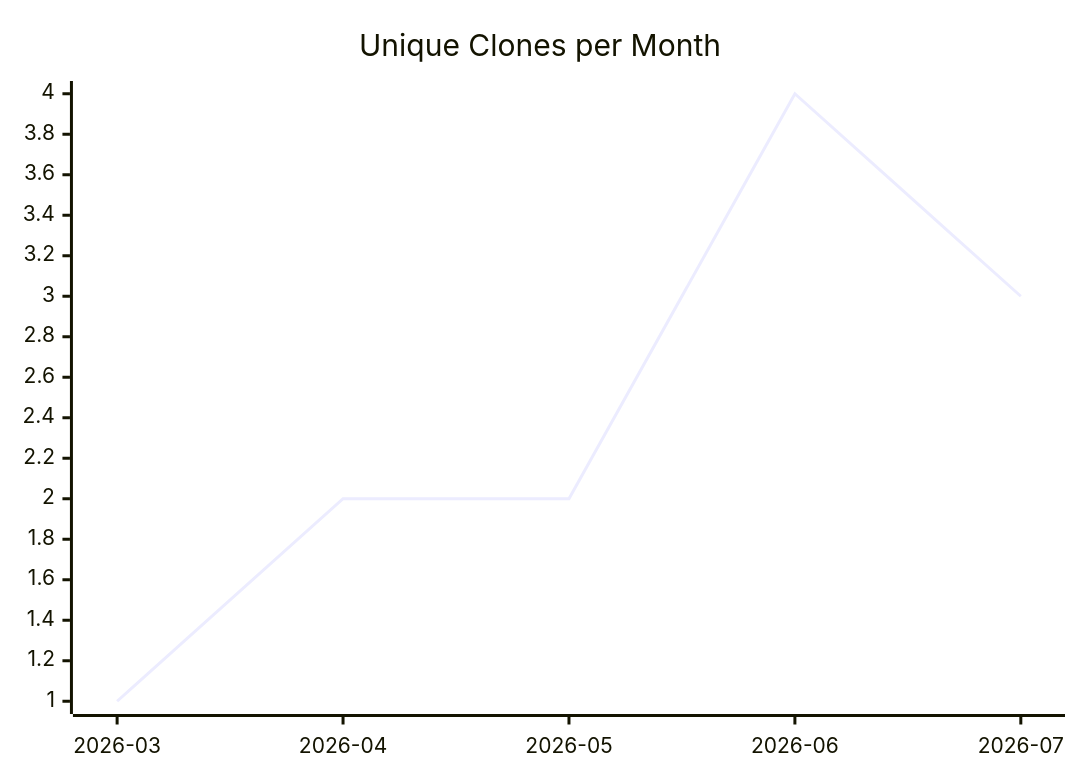
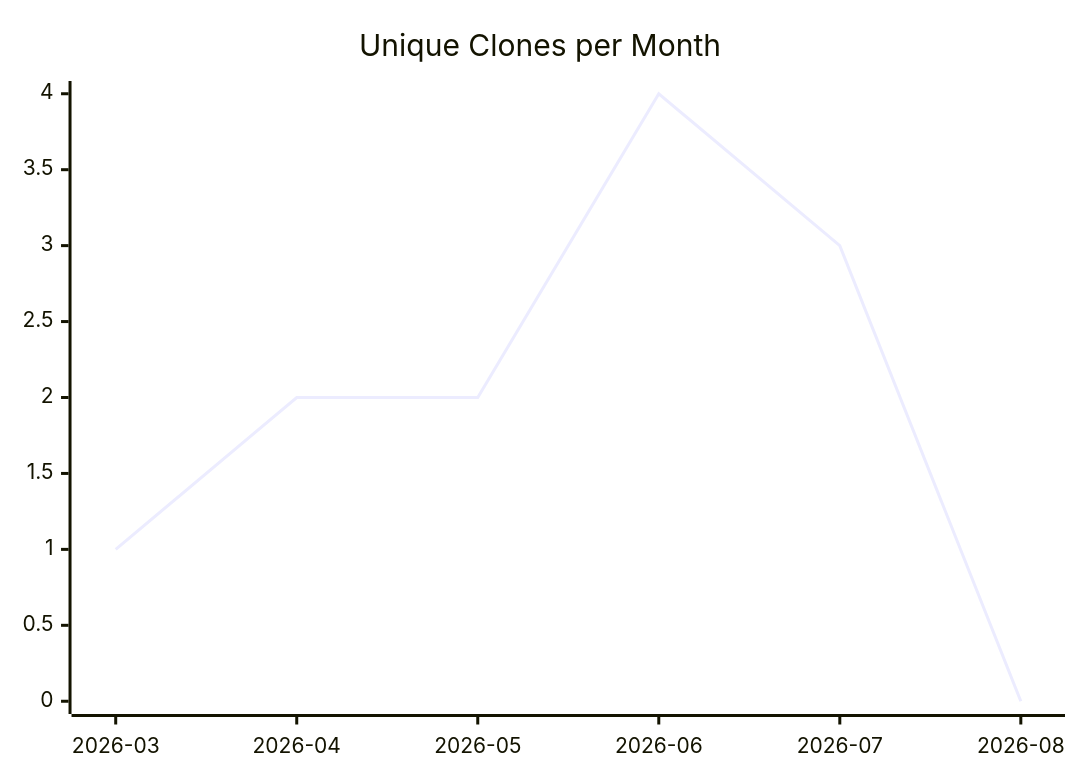
The third of 3 diagrams in karlmdavis/ansible-role-ldap/README.md (justdavis-family/github-analytics-data), drawn with Mermaid before and after one commit. The commit also changed other lines of this file and 184 other files, not shown here.

````diff
--- a/karlmdavis/ansible-role-ldap/README.md
+++ b/karlmdavis/ansible-role-ldap/README.md
@@ -19,6 +19,6 @@
 ```mermaid
 xychart-beta
   title "Unique Clones per Month"
-  x-axis ["2026-03", "2026-04", "2026-05", "2026-06", "2026-07"]
-  line [1, 2, 2, 4, 3]
+  x-axis ["2026-03", "2026-04", "2026-05", "2026-06", "2026-07", "2026-08"]
+  line [1, 2, 2, 4, 3, 0]
 ```
````
